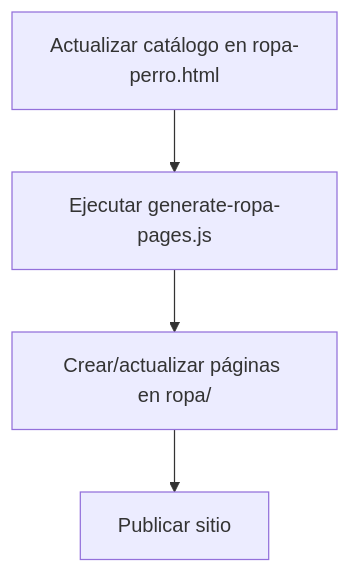
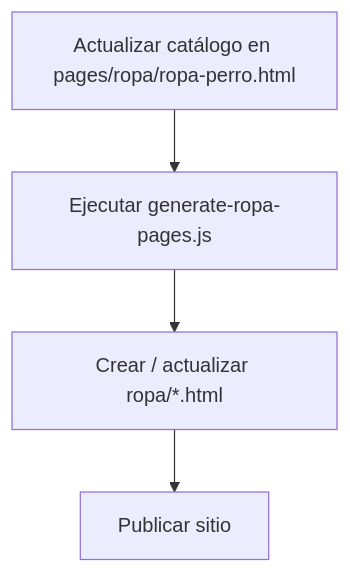
Before and after one commit to Alessander9/kironuevo: the fourth of 4 diagrams in README.md, drawn with Mermaid. The commit also changed other lines of this file and 166 other files, not shown here.

````diff
--- a/README.md
+++ b/README.md
@@ -476,6 +177,6 @@
 ```mermaid
 flowchart TD
-  A[Actualizar catálogo en ropa-perro.html] --> B[Ejecutar generate-ropa-pages.js]
-  B --> C[Crear/actualizar páginas en ropa/]
+  A[Actualizar catálogo en pages/ropa/ropa-perro.html] --> B[Ejecutar generate-ropa-pages.js]
+  B --> C[Crear / actualizar ropa/*.html]
   C --> D[Publicar sitio]
 ```
````
